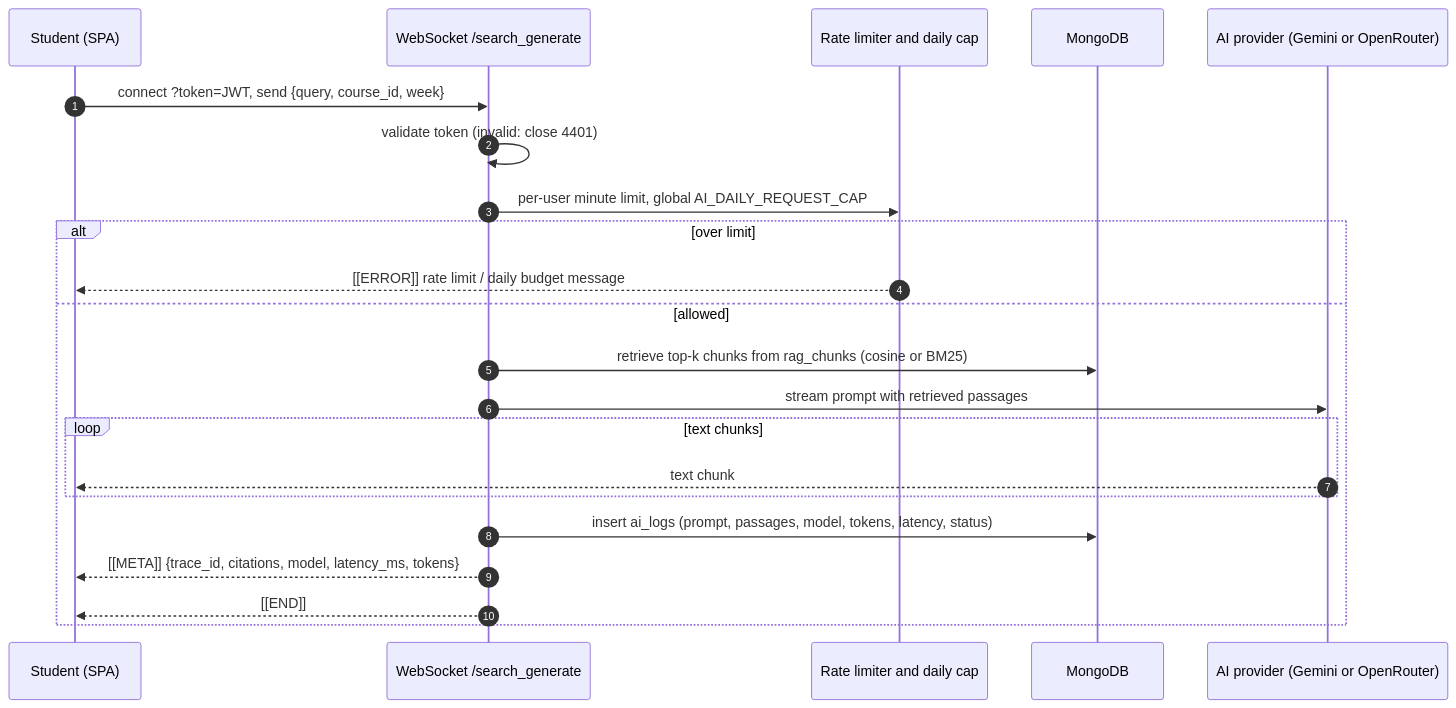
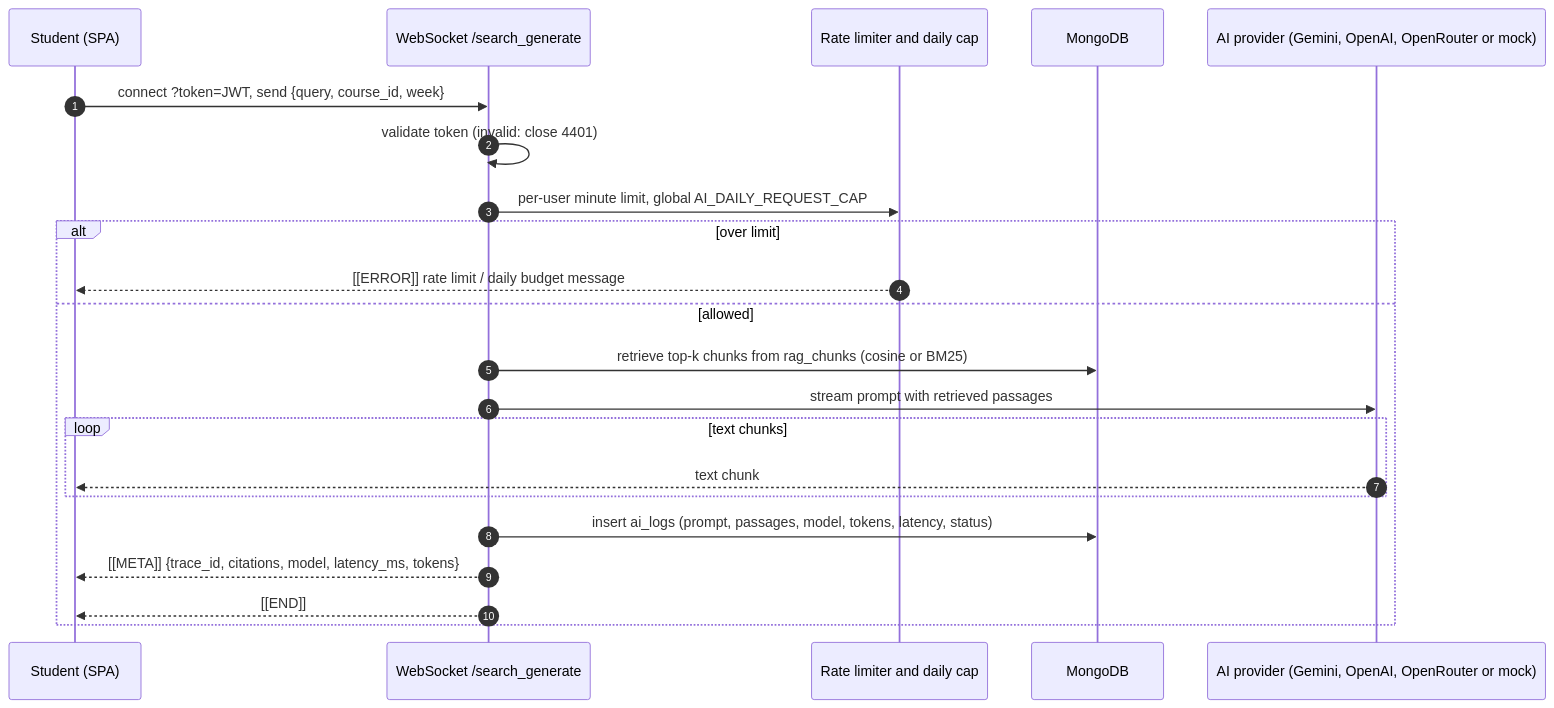
The second of 2 diagrams in docs/ARCHITECTURE.md (driptobhattacharyya/StudyBuddy), drawn with Mermaid before and after one commit. The commit also changed other lines of this file and 61 other files, not shown here.

First line of the commit message:
Integrate frontend and backend end to end; add OpenAI and mock AI

````diff
--- a/docs/ARCHITECTURE.md
+++ b/docs/ARCHITECTURE.md
@@ -75,24 +81,24 @@
 ```mermaid
 sequenceDiagram
     autonumber
     participant U as Student (SPA)
     participant W as WebSocket /search_generate
     participant R as Rate limiter and daily cap
     participant M as MongoDB
-    participant P as AI provider (Gemini or OpenRouter)
+    participant P as AI provider (Gemini, OpenAI, OpenRouter or mock)
     U->>W: connect ?token=JWT, send {query, course_id, week}
     W->>W: validate token (invalid: close 4401)
     W->>R: per-user minute limit, global AI_DAILY_REQUEST_CAP
     alt over limit
         R-->>U: [[ERROR]] rate limit / daily budget message
     else allowed
         W->>M: retrieve top-k chunks from rag_chunks (cosine or BM25)
         W->>P: stream prompt with retrieved passages
         loop text chunks
             P-->>U: text chunk
         end
         W->>M: insert ai_logs (prompt, passages, model, tokens, latency, status)
         W-->>U: [[META]] {trace_id, citations, model, latency_ms, tokens}
         W-->>U: [[END]]
     end
 ```
````
